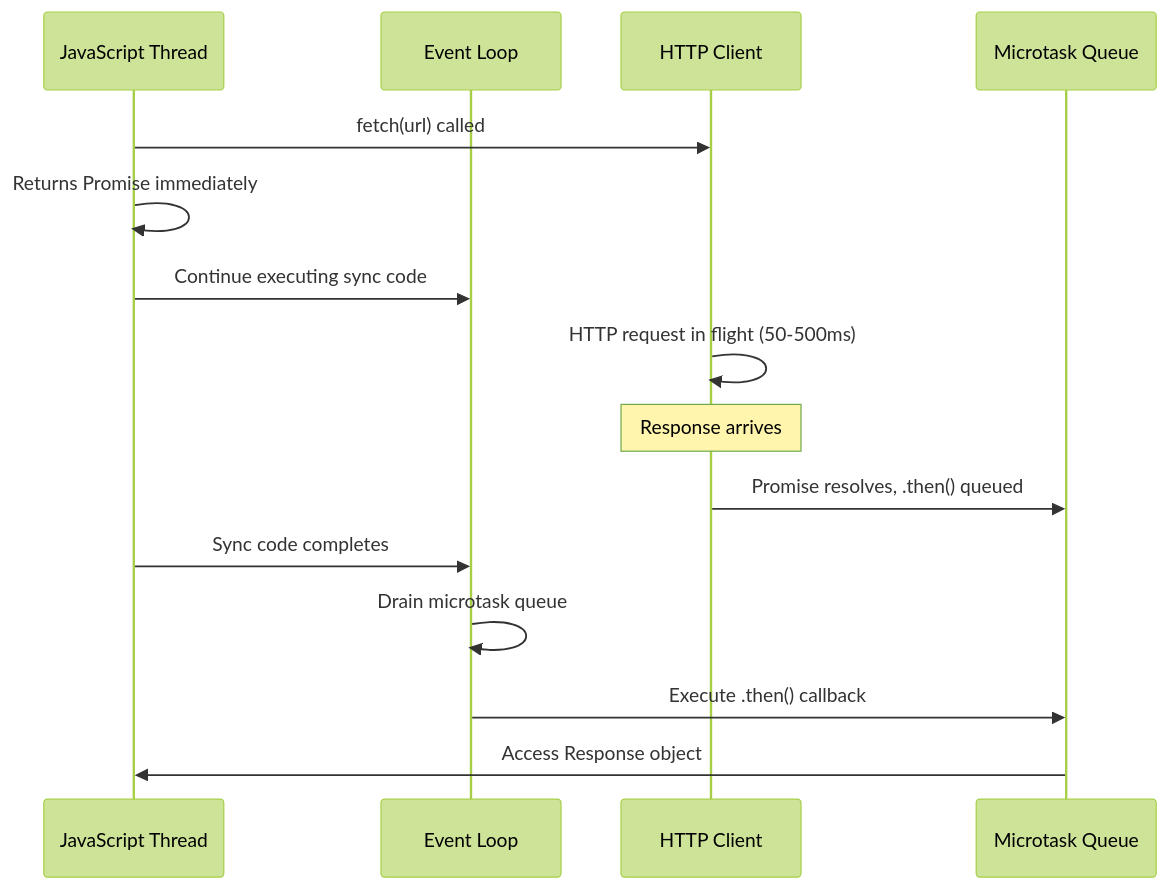
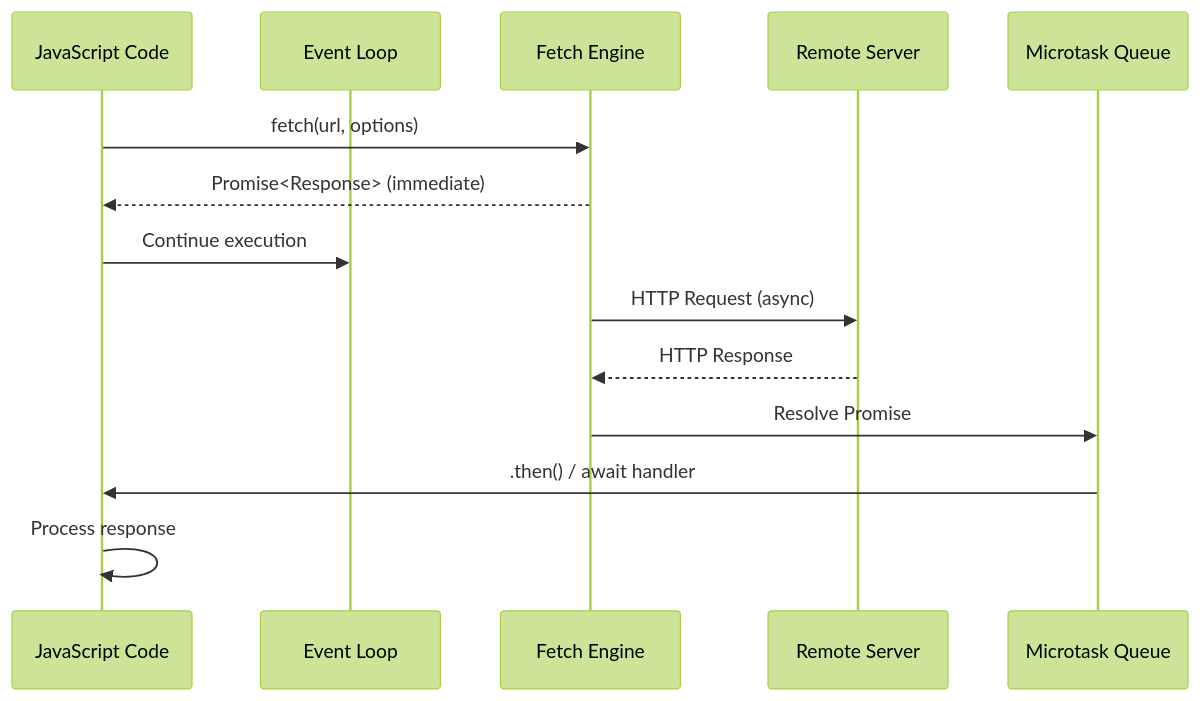
The diagram in Ed-Tech Agentic Core copy 2/storage/Lecture-Notes/2026-01-18_Fetch-API_LectureNotes.md (rahulajay34/CLDE), drawn with Mermaid (forest theme) before and after one commit. The commit also changed other lines of this file and 8 other files, not shown here.

````diff
--- a/Ed-Tech Agentic Core copy 2/storage/Lecture-Notes/2026-01-18_Fetch-API_LectureNotes.md
+++ b/Ed-Tech Agentic Core copy 2/storage/Lecture-Notes/2026-01-18_Fetch-API_LectureNotes.md
@@ -73,21 +67,17 @@
 ```mermaid
 sequenceDiagram
-    participant JS as JavaScript Thread
+    participant Client as JavaScript Code
     participant EventLoop as Event Loop
-    participant Network as HTTP Client
-    participant MicroTask as Microtask Queue
-    
-    JS->>Network: fetch(url) called
-    JS->>JS: Returns Promise immediately
-    JS->>EventLoop: Continue executing sync code
-    
-    Network->>Network: HTTP request in flight (50-500ms)
-    
-    Note over Network: Response arrives
-    Network->>MicroTask: Promise resolves, .then() queued
-    
-    JS->>EventLoop: Sync code completes
-    EventLoop->>EventLoop: Drain microtask queue
-    EventLoop->>MicroTask: Execute .then() callback
-    MicroTask->>JS: Access Response object
+    participant Fetch as Fetch Engine
+    participant Server as Remote Server
+    participant Microtask as Microtask Queue
+
+    Client->>Fetch: fetch(url, options)
+    Fetch-->>Client: Promise<Response> (immediate)
+    Client->>EventLoop: Continue execution
+    Fetch->>Server: HTTP Request (async)
+    Server-->>Fetch: HTTP Response
+    Fetch->>Microtask: Resolve Promise
+    Microtask->>Client: .then() / await handler
+    Client->>Client: Process response
 ```
````
